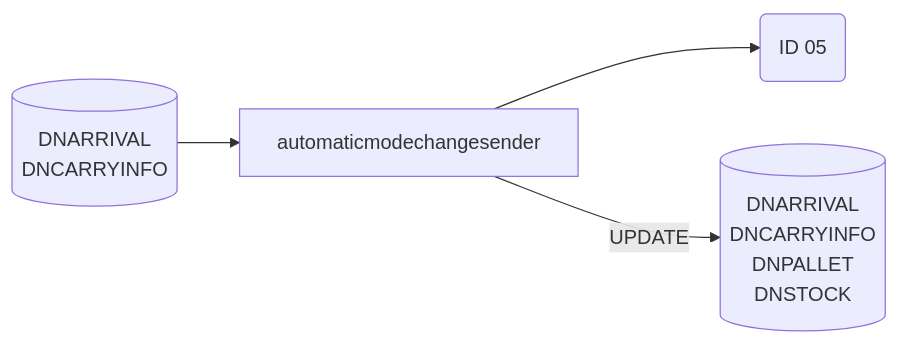
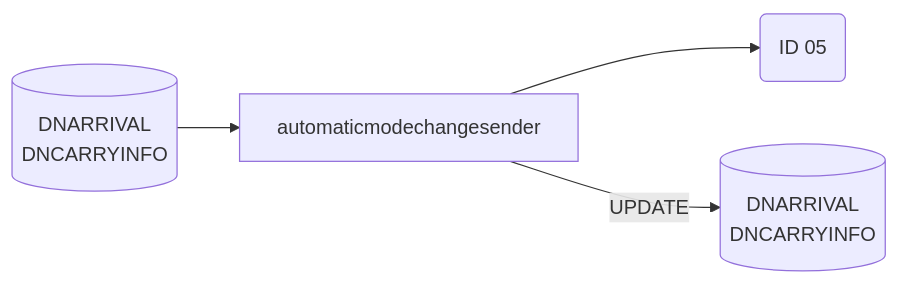
Before and after one commit to luthfiadityaa/SimeDarby-Wiki: the sixth of 23 diagrams in Basic-Design/DFD-WMS/Storage/Palletizing-Settting/Palletize-Start.md, drawn with Mermaid. The commit also changed other lines of this file, not shown here.

```diff
--- a/Basic-Design/DFD-WMS/Storage/Palletizing-Settting/Palletize-Start.md
+++ b/Basic-Design/DFD-WMS/Storage/Palletizing-Settting/Palletize-Start.md
@@ -478,20 +478,18 @@
 ::: mermaid
 flowchart LR
 automaticmodechangesender-update[("
 DNARRIVAL
 DNCARRYINFO
-DNPALLET
-DNSTOCK
 ")]
 automaticmodechangesender-input[("
 DNARRIVAL
 DNCARRYINFO
 ")]
 
 id05msg("
 ID 05
 ")
 
 automaticmodechangesender-input-->automaticmodechangesender-->id05msg
 automaticmodechangesender--> |UPDATE| automaticmodechangesender-update
 :::
```
